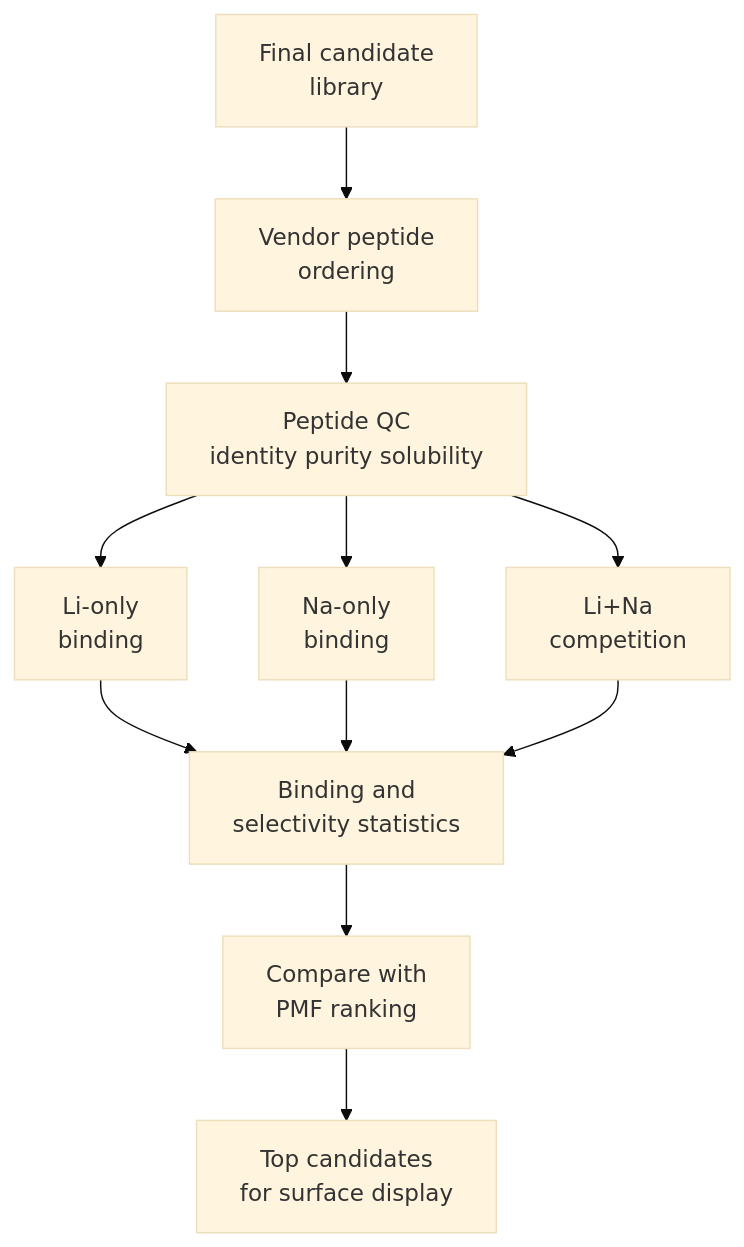
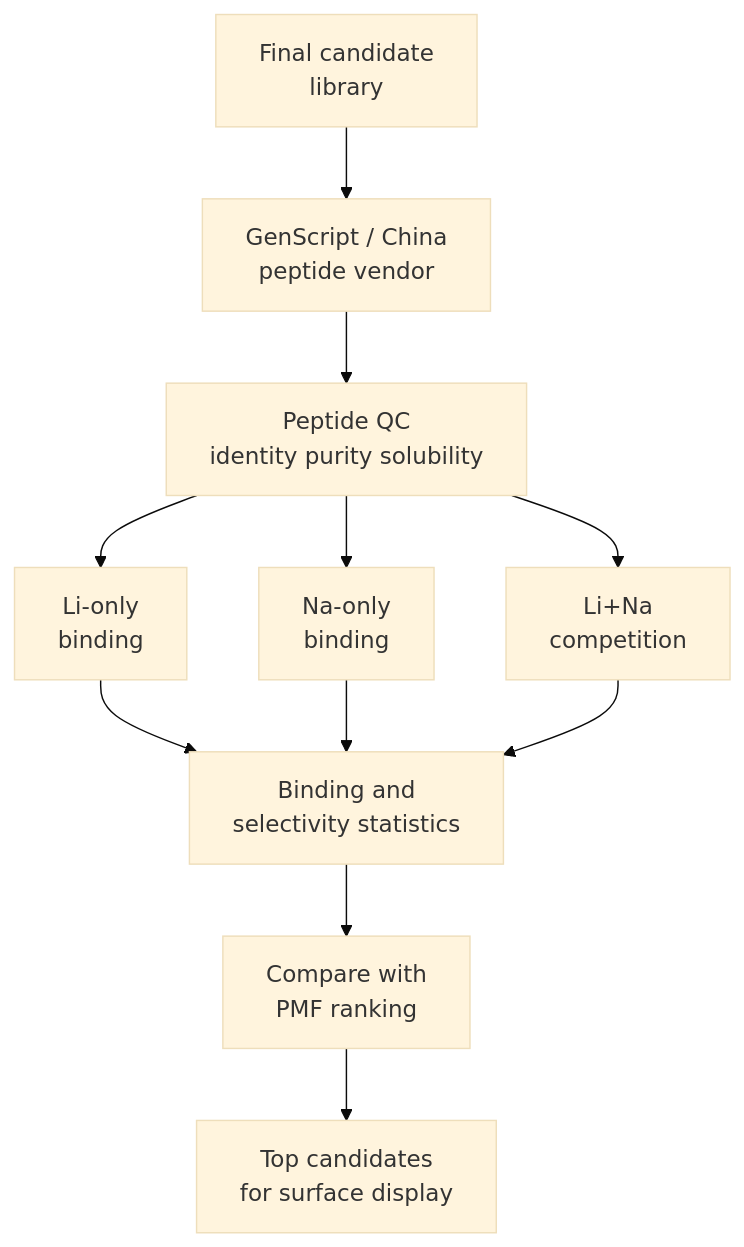
The diagram in 02_experimental_validation/track_A_purified_peptide/planning/ordered_synthetic_peptide_binding_plan.md (jackyissocute/LiSPER), drawn with Mermaid (base theme) before and after one commit. The commit also changed other lines of this file and 60 other files, not shown here.

````diff
--- a/02_experimental_validation/track_A_purified_peptide/planning/ordered_synthetic_peptide_binding_plan.md
+++ b/02_experimental_validation/track_A_purified_peptide/planning/ordered_synthetic_peptide_binding_plan.md
@@ -18,26 +20,26 @@
 ```mermaid
 flowchart TD
     accTitle: Synthetic Peptide Assay Flow
     accDescr: The ordered synthetic peptide assay moves from candidate selection through vendor ordering, peptide QC, Li/Na binding tests, computational comparison, and Track B candidate selection.
 
     candidates["Final candidate<br/>library"]
-    vendor["Vendor peptide<br/>ordering"]
+    vendor["GenScript / China<br/>peptide vendor"]
     qc["Peptide QC<br/>identity purity solubility"]
     li_assay["Li-only<br/>binding"]
     na_assay["Na-only<br/>binding"]
     competition["Li+Na<br/>competition"]
     statistics["Binding and<br/>selectivity statistics"]
     pmf_compare["Compare with<br/>PMF ranking"]
     display_hits["Top candidates<br/>for surface display"]
 
     candidates --> vendor
     vendor --> qc
     qc --> li_assay
     qc --> na_assay
     qc --> competition
     li_assay --> statistics
     na_assay --> statistics
     competition --> statistics
     statistics --> pmf_compare
     pmf_compare --> display_hits
 ```
````
